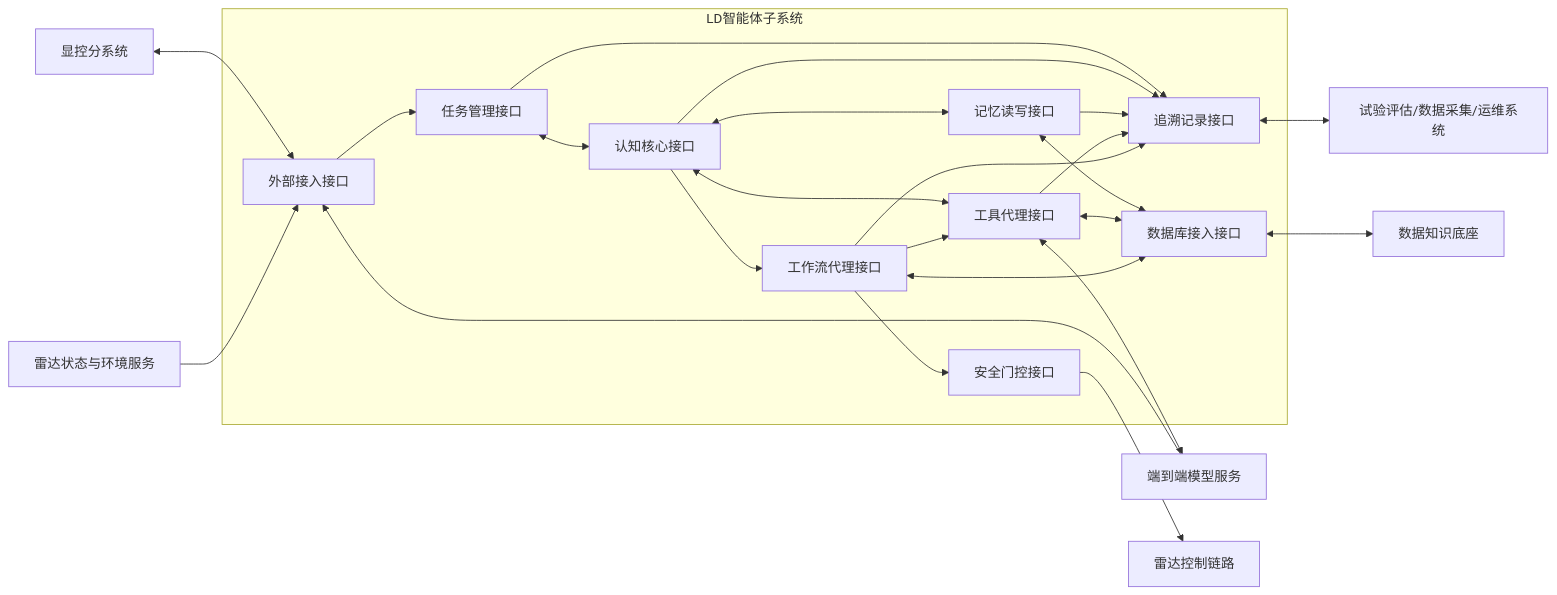
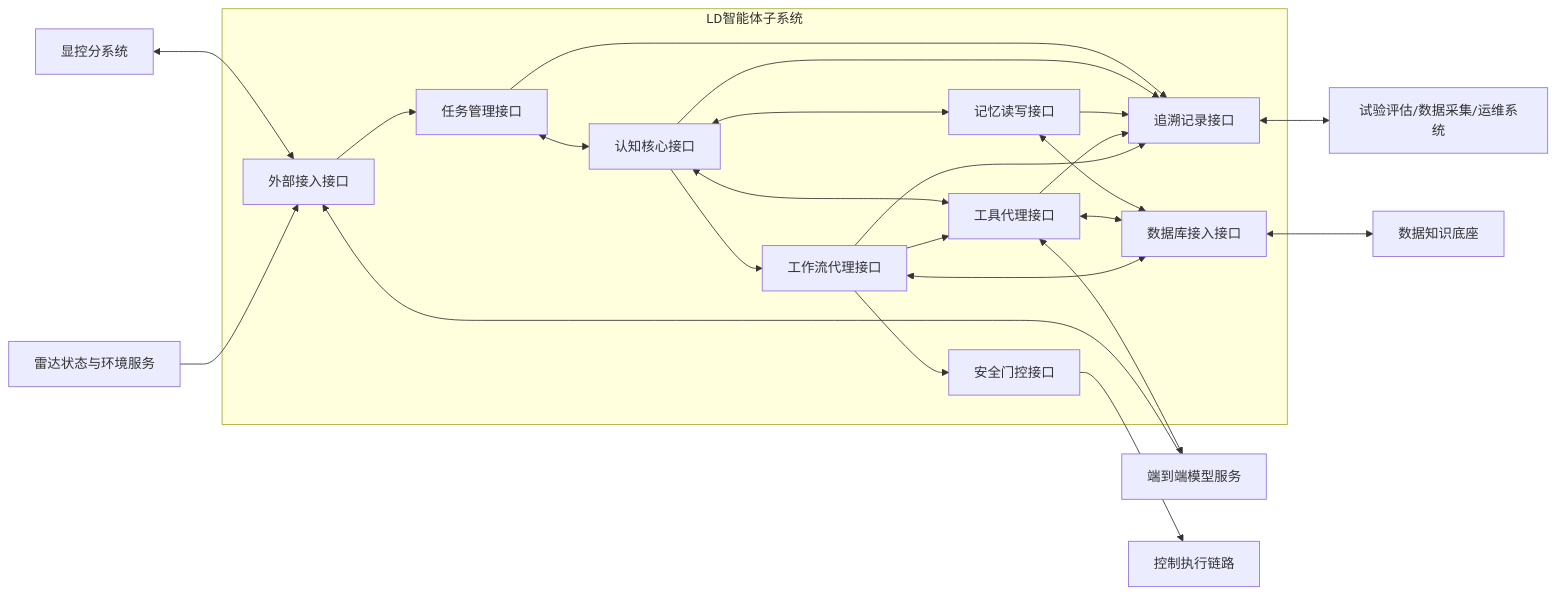
The seventh of 7 diagrams in radar agent/4.3.3.2 LD智能体子系统技术方案.md (StormSeven1/obsidian-vault), drawn with Mermaid before and after one commit. The commit also changed other lines of this file, not shown here.

````diff
--- a/radar agent/4.3.3.2 LD智能体子系统技术方案.md
+++ b/radar agent/4.3.3.2 LD智能体子系统技术方案.md
@@ -594,44 +594,44 @@
 ```mermaid
 graph LR
     HMI[显控分系统]
     MODEL[端到端模型服务]
     STATE[雷达状态与环境服务]
-    CTRL[雷达控制链路]
+    CTRL[控制执行链路]
     DATA[数据知识底座]
     OPS[试验评估/数据采集/运维系统]
 
     subgraph AGENT[LD智能体子系统]
         A1[外部接入接口]
         A2[任务管理接口]
         A3[认知核心接口]
         A4[记忆读写接口]
         A5[工具代理接口]
         A6[工作流代理接口]
         A7[安全门控接口]
         A8[追溯记录接口]
         A9[数据库接入接口]
     end
 
     HMI <--> A1
     MODEL --> A1
     STATE --> A1
     A1 --> A2
     A2 <--> A3
     A3 <--> A4
     A3 <--> A5
     A4 <--> A9
     A5 <--> A9
     A6 <--> A9
     A9 <--> DATA
     A5 <--> MODEL
     A3 --> A6
     A6 --> A5
     A6 --> A7
     A7 --> CTRL
     A2 --> A8
     A3 --> A8
     A4 --> A8
     A5 --> A8
     A6 --> A8
     A8 <--> OPS
 ```
````
